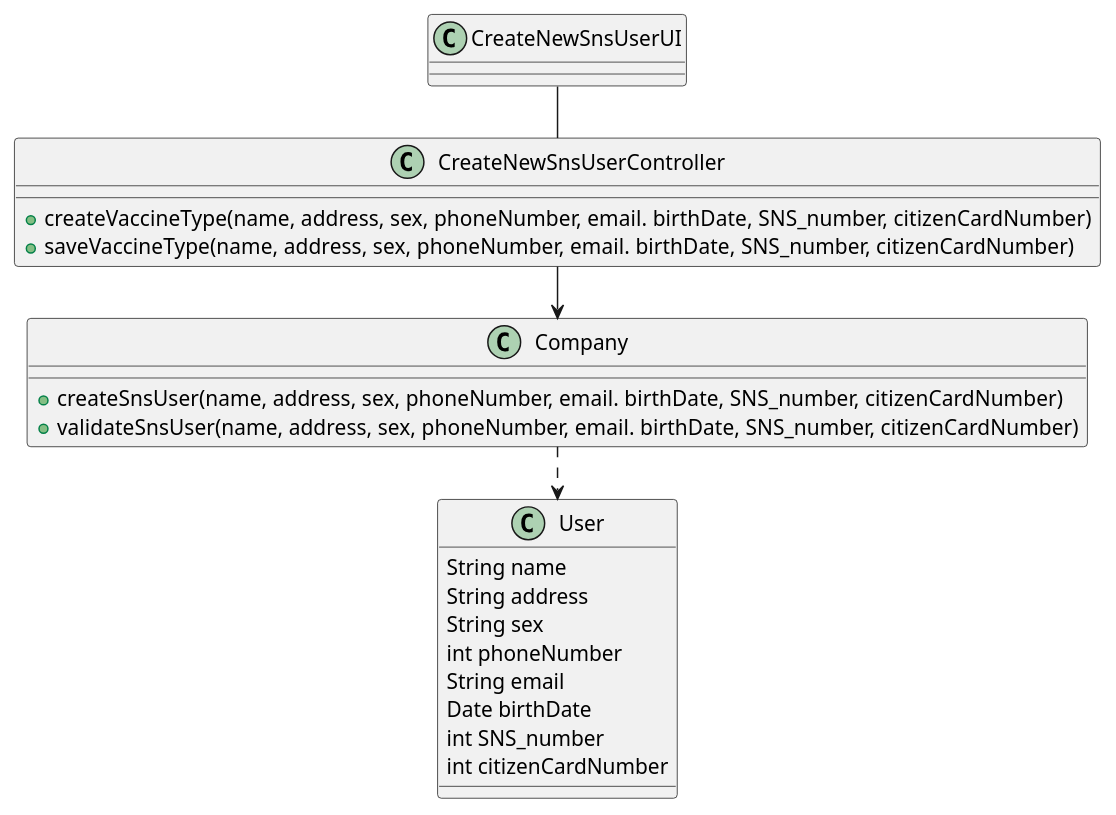
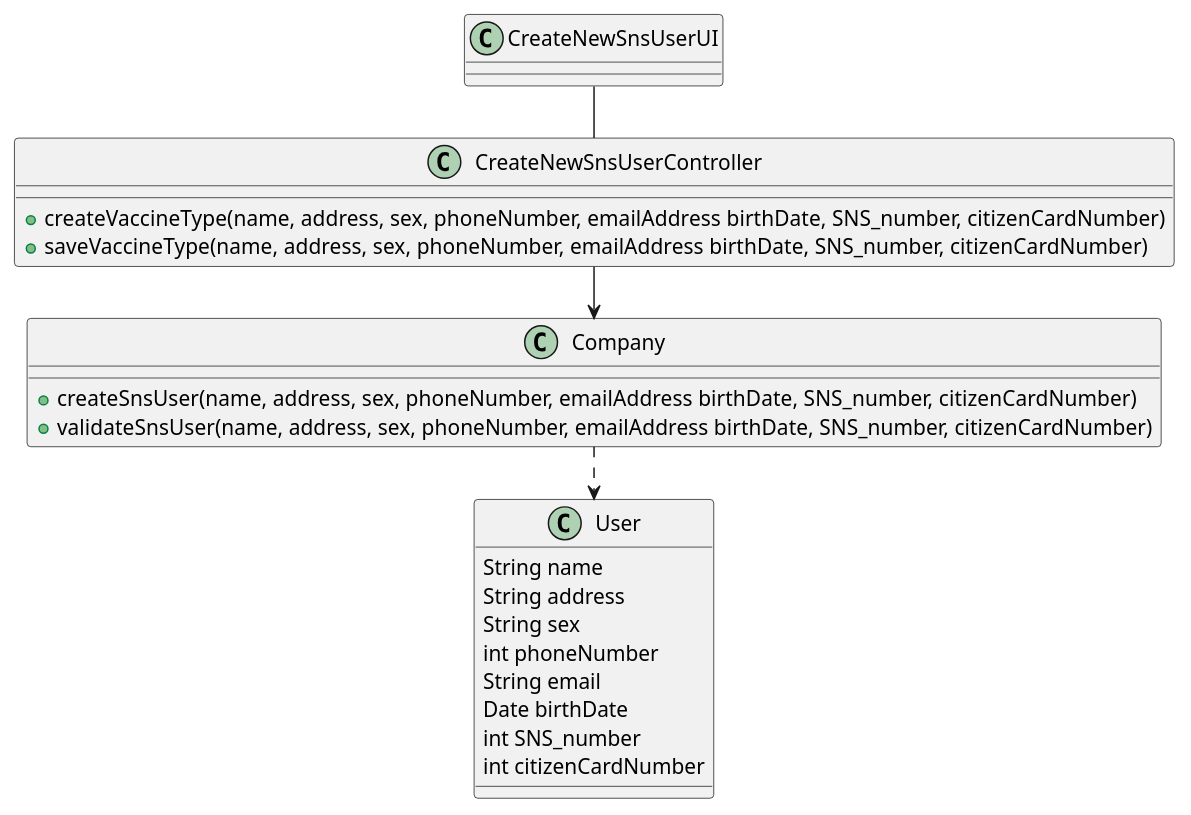
The diagram in docs/SprintB/US003/US003_CD.puml (Pirussa/lei-22-s2-1da-g02), drawn with PlantUML before and after one commit. The commit also changed 6 other files, not shown here.

```diff
--- a/docs/SprintB/US003/US003_CD.puml
+++ b/docs/SprintB/US003/US003_CD.puml
@@ -1,34 +1,34 @@
 @startuml
 'https://plantuml.com/class-diagram
 
 class Company {
-+createSnsUser(name, address, sex, phoneNumber, email. birthDate, SNS_number, citizenCardNumber)
-+validateSnsUser(name, address, sex, phoneNumber, email. birthDate, SNS_number, citizenCardNumber)
++createSnsUser(name, address, sex, phoneNumber, emailAddress birthDate, SNS_number, citizenCardNumber)
++validateSnsUser(name, address, sex, phoneNumber, emailAddress birthDate, SNS_number, citizenCardNumber)
 }
 
 class User {
 String name
 String address
 String sex
 int phoneNumber
 String email
 Date birthDate
 int SNS_number
 int citizenCardNumber
 }
 
 class CreateNewSnsUserUI
 
 class CreateNewSnsUserController{
-+createVaccineType(name, address, sex, phoneNumber, email. birthDate, SNS_number, citizenCardNumber)
-+saveVaccineType(name, address, sex, phoneNumber, email. birthDate, SNS_number, citizenCardNumber)
++createVaccineType(name, address, sex, phoneNumber, emailAddress birthDate, SNS_number, citizenCardNumber)
++saveVaccineType(name, address, sex, phoneNumber, emailAddress birthDate, SNS_number, citizenCardNumber)
 }
 
 
 left to right direction
 
 CreateNewSnsUserUI - CreateNewSnsUserController
 CreateNewSnsUserController -> Company
 Company .> User
 
 @enduml
```
